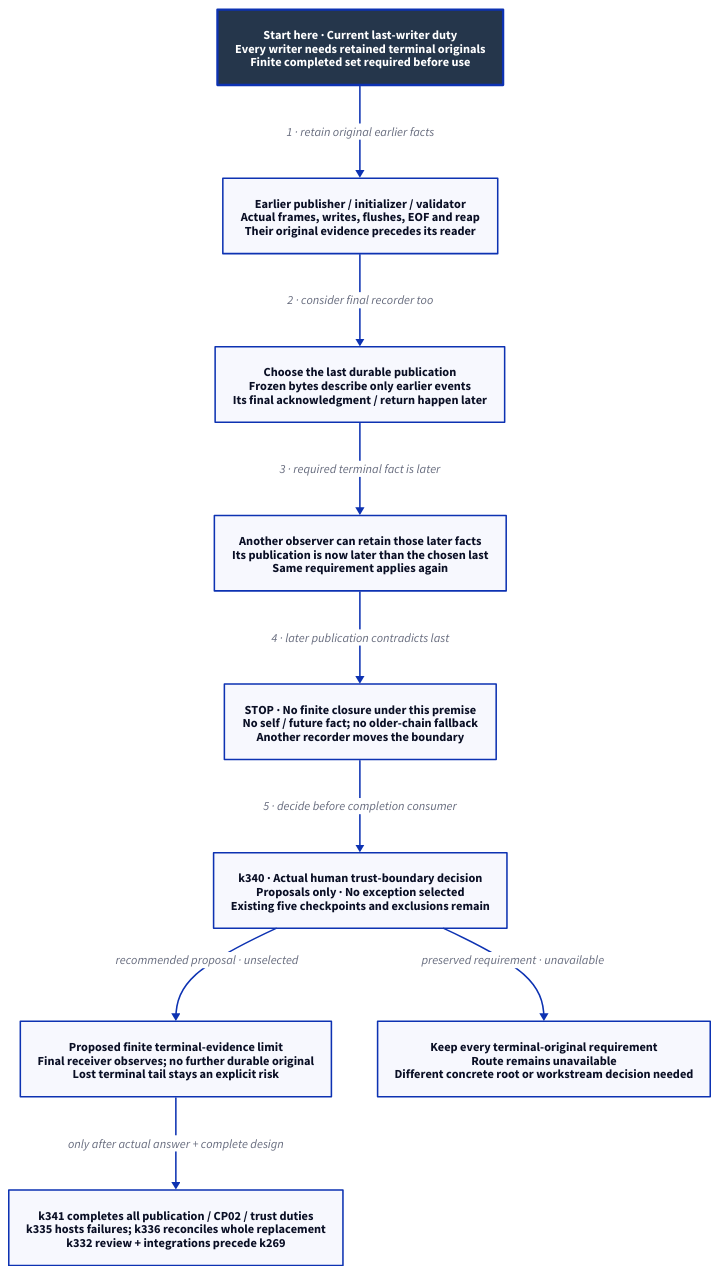
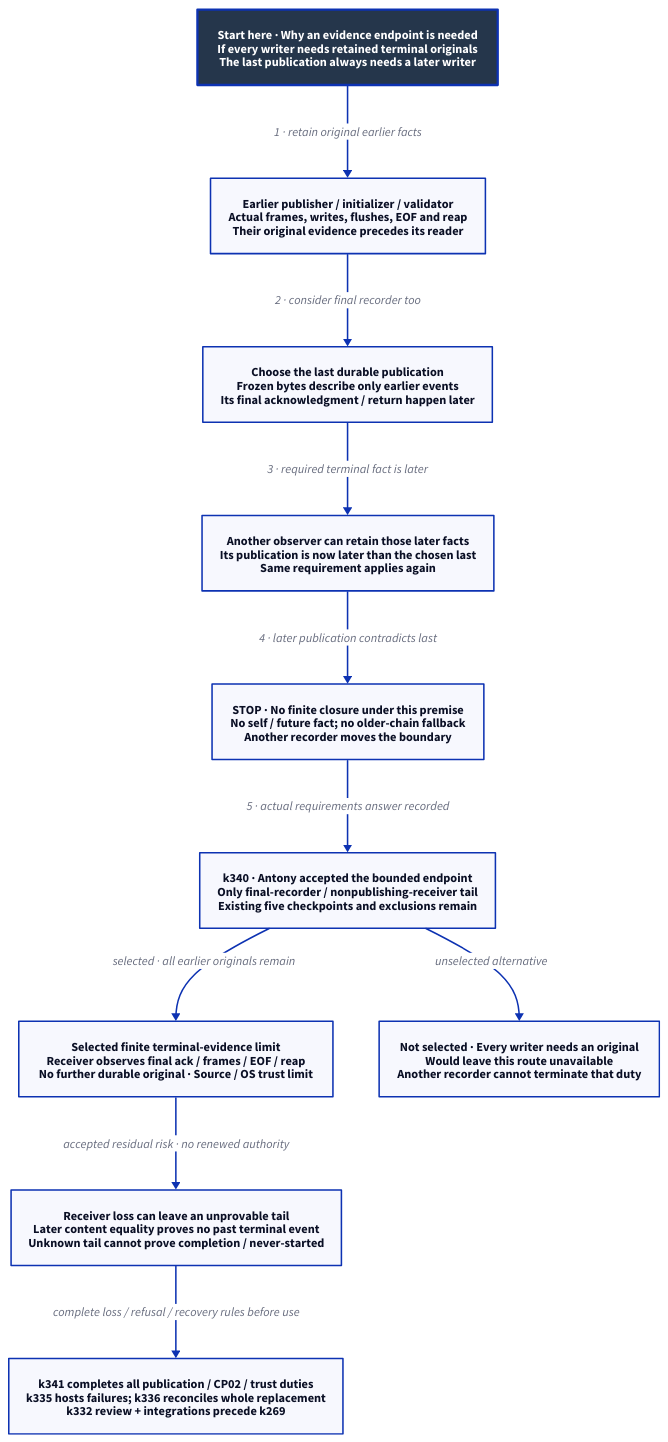
Before and after one commit to Linkuistics/Koine: the diagram in docs/design/architecture/native-reference-admission.d2, drawn with D2. The commit also changed 18 other files, not shown here.

Commit message:
Accept bounded final transcript endpoint (reference-evidence-final-writer-trust-k340)

```diff
--- a/docs/design/architecture/native-reference-admission.d2
+++ b/docs/design/architecture/native-reference-admission.d2
@@ -1,22 +1,24 @@
-# k339 conditional final-writer conflict; k340 choice unselected; no usable route.
+# k340 selected terminal endpoint; full publication/recovery design still required.
 direction: down
 classes: {
   start: {style: {fill: "#25364B"; font-color: "#FFFFFF"; bold: true; stroke-width: 3}}
 }
-Start: "Start here · Current last-writer duty\nEvery writer needs retained terminal originals\nFinite completed set required before use" {class: start}
+Start: "Start here · Why an evidence endpoint is needed\nIf every writer needs retained terminal originals\nThe last publication always needs a later writer" {class: start}
 Earlier: "Earlier publisher / initializer / validator\nActual frames, writes, flushes, EOF and reap\nTheir original evidence precedes its reader"
 Last: "Choose the last durable publication\nFrozen bytes describe only earlier events\nIts final acknowledgment / return happen later"
 Observer: "Another observer can retain those later facts\nIts publication is now later than the chosen last\nSame requirement applies again"
 Conflict: "STOP · No finite closure under this premise\nNo self / future fact; no older-chain fallback\nAnother recorder moves the boundary"
-Choice: "k340 · Actual human trust-boundary decision\nProposals only · No exception selected\nExisting five checkpoints and exclusions remain"
-Limit: "Proposed finite terminal-evidence limit\nFinal receiver observes; no further durable original\nLost terminal tail stays an explicit risk"
-Strict: "Keep every terminal-original requirement\nRoute remains unavailable\nDifferent concrete root or workstream decision needed"
+Choice: "k340 · Antony accepted the bounded endpoint\nOnly final-recorder / nonpublishing-receiver tail\nExisting five checkpoints and exclusions remain"
+Limit: "Selected finite terminal-evidence limit\nReceiver observes final ack / frames / EOF / reap\nNo further durable original · Source / OS trust limit"
+Loss: "Receiver loss can leave an unprovable tail\nLater content equality proves no past terminal event\nUnknown tail cannot prove completion / never-started"
+Strict: "Not selected · Every writer needs an original\nWould leave this route unavailable\nAnother recorder cannot terminate that duty"
 Next: "k341 completes all publication / CP02 / trust duties\nk335 hosts failures; k336 reconciles whole replacement\nk332 review + integrations precede k269"
 Start -> Earlier: "1 · retain original earlier facts"
 Earlier -> Last: "2 · consider final recorder too"
 Last -> Observer: "3 · required terminal fact is later"
 Observer -> Conflict: "4 · later publication contradicts last"
-Conflict -> Choice: "5 · decide before completion consumer"
-Choice -> Limit: "recommended proposal · unselected"
-Choice -> Strict: "preserved requirement · unavailable"
-Limit -> Next: "only after actual answer + complete design"
+Conflict -> Choice: "5 · actual requirements answer recorded"
+Choice -> Limit: "selected · all earlier originals remain"
+Choice -> Strict: "unselected alternative"
+Limit -> Loss: "accepted residual risk · no renewed authority"
+Loss -> Next: "complete loss / refusal / recovery rules before use"
```
